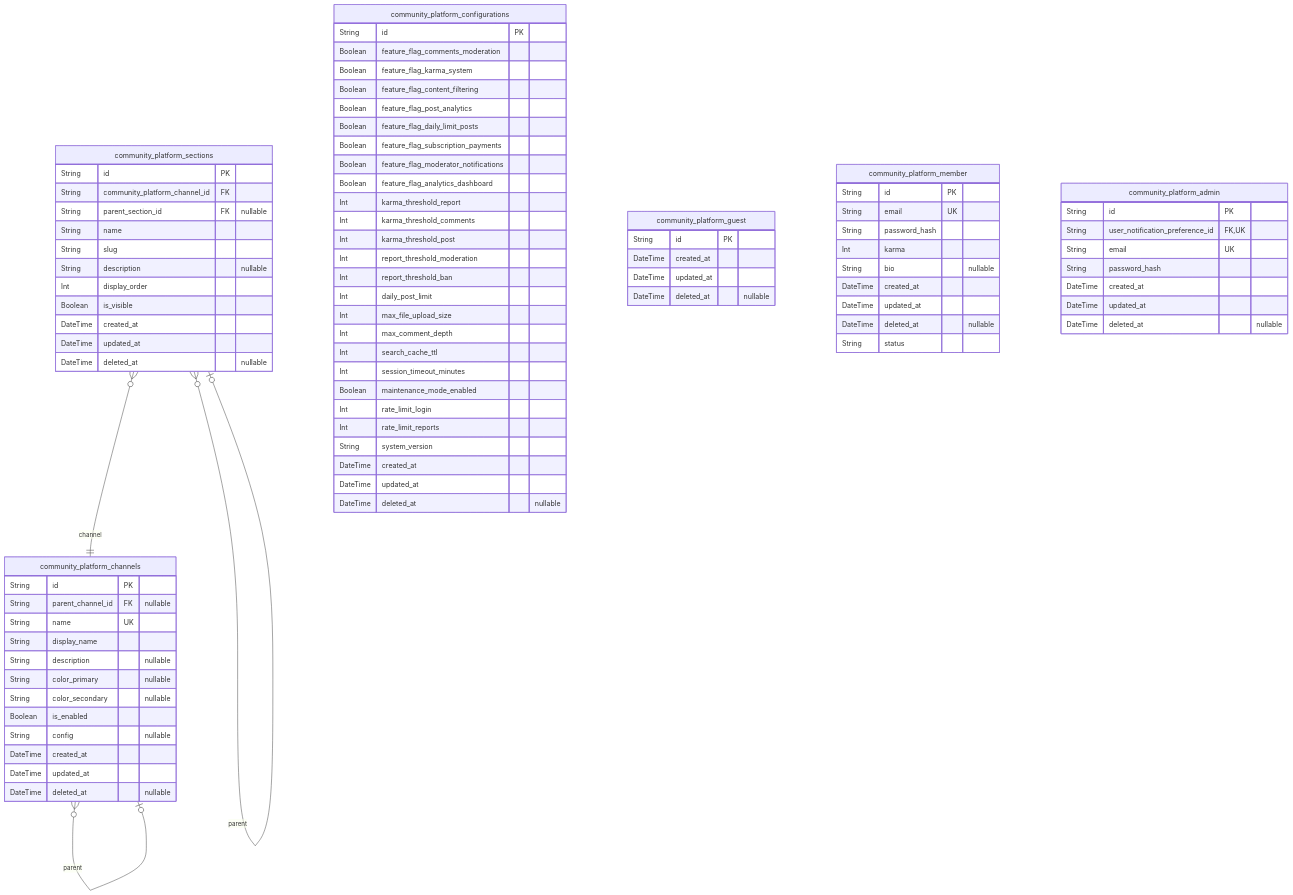
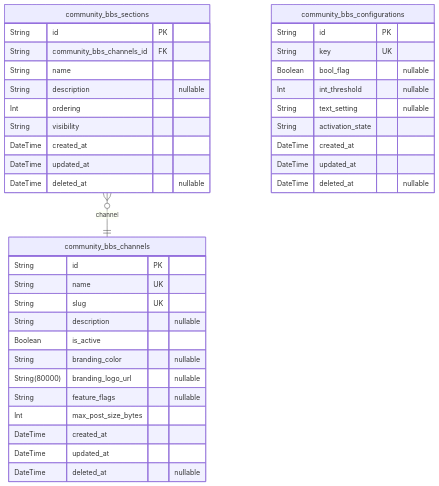
Before and after one commit to wrtnlabs/autobe-examples: the first of 10 diagrams in qwen/qwen3-next-80b-a3b-instruct/reddit/docs/ERD.md, drawn with Mermaid. The commit also changed other lines of this file and 4047 other files, not shown here.

````diff
--- a/qwen/qwen3-next-80b-a3b-instruct/reddit/docs/ERD.md
+++ b/qwen/qwen3-next-80b-a3b-instruct/reddit/docs/ERD.md
@@ -18,87 +18,40 @@
 ```mermaid
 erDiagram
-"community_platform_channels" {
+"community_bbs_channels" {
   String id PK
-  String parent_channel_id FK "nullable"
   String name UK
-  String display_name
+  String slug UK
   String description "nullable"
-  String color_primary "nullable"
-  String color_secondary "nullable"
-  Boolean is_enabled
-  String config "nullable"
+  Boolean is_active
+  String branding_color "nullable"
+  String(80000) branding_logo_url "nullable"
+  String feature_flags "nullable"
+  Int max_post_size_bytes
   DateTime created_at
   DateTime updated_at
   DateTime deleted_at "nullable"
 }
-"community_platform_sections" {
+"community_bbs_sections" {
   String id PK
-  String community_platform_channel_id FK
-  String parent_section_id FK "nullable"
+  String community_bbs_channels_id FK
   String name
-  String slug
   String description "nullable"
-  Int display_order
-  Boolean is_visible
+  Int ordering
+  String visibility
   DateTime created_at
   DateTime updated_at
   DateTime deleted_at "nullable"
 }
-"community_platform_configurations" {
+"community_bbs_configurations" {
   String id PK
-  Boolean feature_flag_comments_moderation
-  Boolean feature_flag_karma_system
-  Boolean feature_flag_content_filtering
-  Boolean feature_flag_post_analytics
-  Boolean feature_flag_daily_limit_posts
-  Boolean feature_flag_subscription_payments
-  Boolean feature_flag_moderator_notifications
-  Boolean feature_flag_analytics_dashboard
-  Int karma_threshold_report
-  Int karma_threshold_comments
-  Int karma_threshold_post
-  Int report_threshold_moderation
-  Int report_threshold_ban
-  Int daily_post_limit
-  Int max_file_upload_size
-  Int max_comment_depth
-  Int search_cache_ttl
-  Int session_timeout_minutes
-  Boolean maintenance_mode_enabled
-  Int rate_limit_login
-  Int rate_limit_reports
-  String system_version
+  String key UK
+  Boolean bool_flag "nullable"
+  Int int_threshold "nullable"
+  String text_setting "nullable"
+  String activation_state
   DateTime created_at
   DateTime updated_at
   DateTime deleted_at "nullable"
 }
-"community_platform_guest" {
-  String id PK
-  DateTime created_at
-  DateTime updated_at
-  DateTime deleted_at "nullable"
-}
-"community_platform_member" {
-  String id PK
-  String email UK
-  String password_hash
-  Int karma
-  String bio "nullable"
-  DateTime created_at
-  DateTime updated_at
-  DateTime deleted_at "nullable"
-  String status
-}
-"community_platform_admin" {
-  String id PK
-  String user_notification_preference_id FK,UK
-  String email UK
-  String password_hash
-  DateTime created_at
-  DateTime updated_at
-  DateTime deleted_at "nullable"
-}
-"community_platform_channels" }o--o| "community_platform_channels" : parent
-"community_platform_sections" }o--|| "community_platform_channels" : channel
-"community_platform_sections" }o--o| "community_platform_sections" : parent
+"community_bbs_sections" }o--|| "community_bbs_channels" : channel
 ```
````
